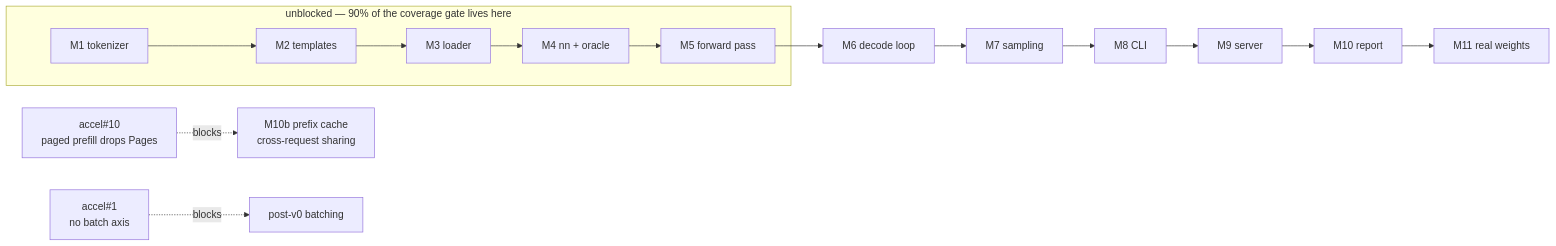
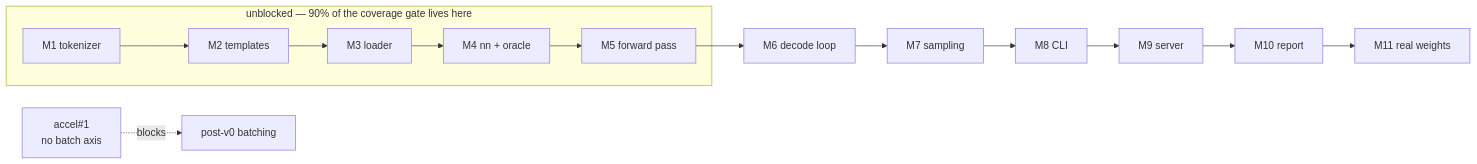
Before and after one commit to latere-ai/tgo: the diagram in specs/011-sequencing.md, drawn with Mermaid. The commit also changed other lines of this file and 9 other files, not shown here.

````diff
--- a/specs/011-sequencing.md
+++ b/specs/011-sequencing.md
@@ -48,12 +48,11 @@
 ```mermaid
 flowchart LR
   subgraph free["unblocked — 90% of the coverage gate lives here"]
     M1["M1 tokenizer"] --> M2["M2 templates"] --> M3["M3 loader"]
     M3 --> M4["M4 nn + oracle"] --> M5["M5 forward pass"]
   end
   M5 --> M6["M6 decode loop"]
   M6 --> M7["M7 sampling"] --> M8["M8 CLI"] --> M9["M9 server"]
   M9 --> M10["M10 report"] --> M11["M11 real weights"]
-  C13["accel#10<br/>paged prefill drops Pages"] -.blocks.-> M10b["M10b prefix cache<br/>cross-request sharing"]
   C1["accel#1<br/>no batch axis"] -.blocks.-> M12["post-v0 batching"]
 ```
````
